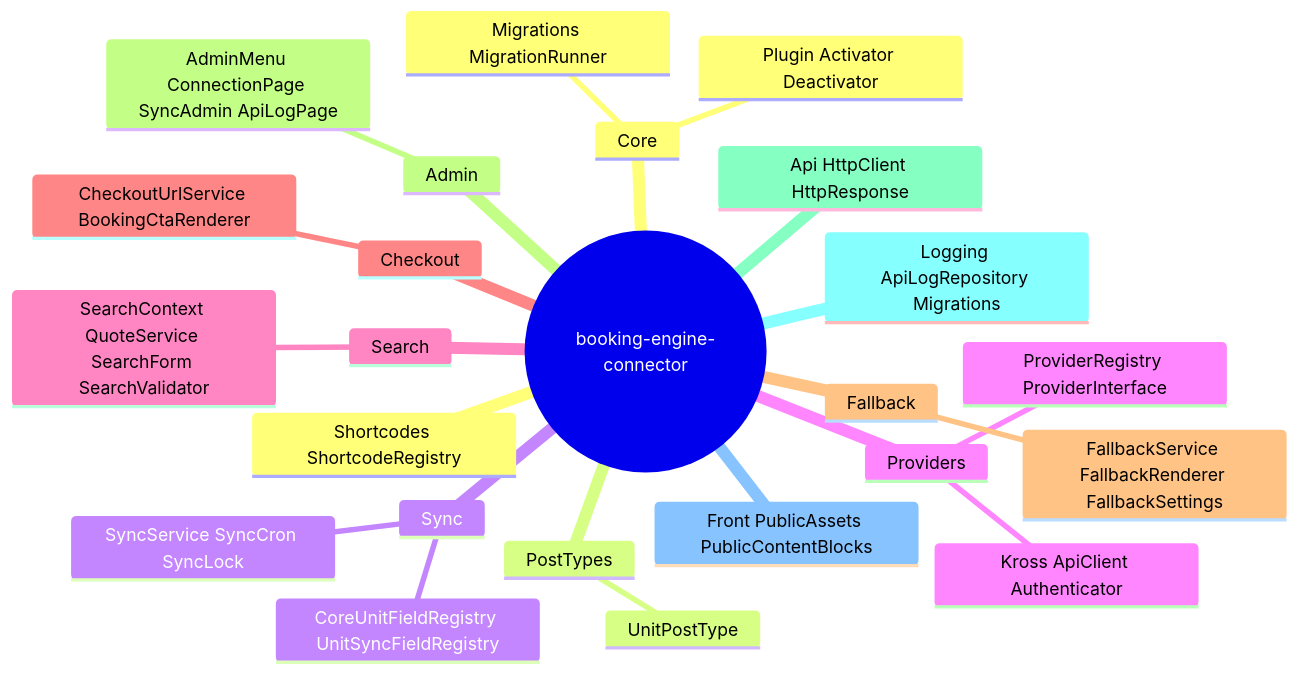
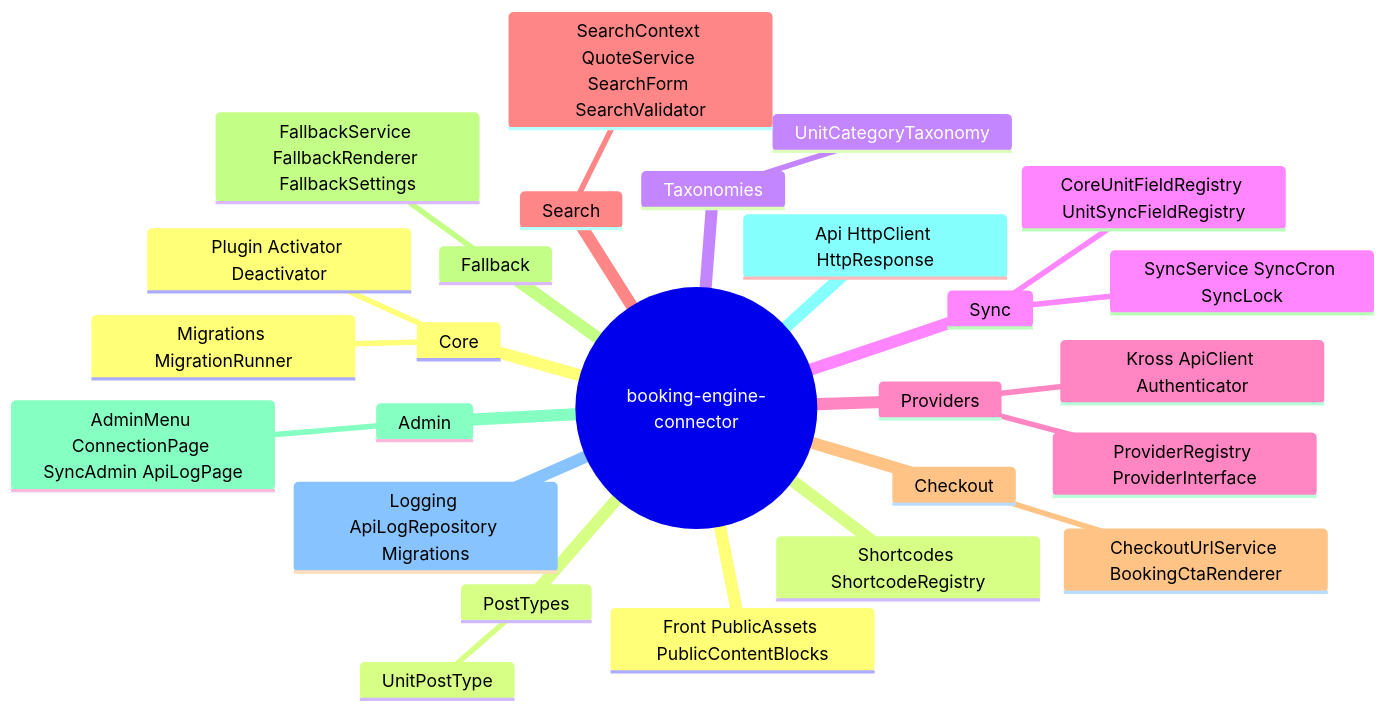
Before and after one commit to robbdeveloper/bec-docs: the sixth of 6 diagrams in docs/09-developer-reference/01-architecture.md, drawn with Mermaid. The commit also changed other lines of this file and 30 other files, not shown here.

````diff
--- a/docs/09-developer-reference/01-architecture.md
+++ b/docs/09-developer-reference/01-architecture.md
@@ -222,27 +233,29 @@
 ```mermaid
 mindmap
   root((booking-engine-connector))
     Core
       Plugin Activator Deactivator
       Migrations MigrationRunner
     PostTypes
       UnitPostType
+    Taxonomies
+      UnitCategoryTaxonomy
     Sync
       SyncService SyncCron SyncLock
       CoreUnitFieldRegistry UnitSyncFieldRegistry
     Providers
       ProviderRegistry ProviderInterface
       Kross ApiClient Authenticator
     Search
       SearchContext QuoteService SearchForm SearchValidator
     Checkout
       CheckoutUrlService BookingCtaRenderer
     Fallback
       FallbackService FallbackRenderer FallbackSettings
     Admin
       AdminMenu ConnectionPage SyncAdmin ApiLogPage
     Api HttpClient HttpResponse
     Logging ApiLogRepository Migrations
     Front PublicAssets PublicContentBlocks
     Shortcodes ShortcodeRegistry
 ```
````
